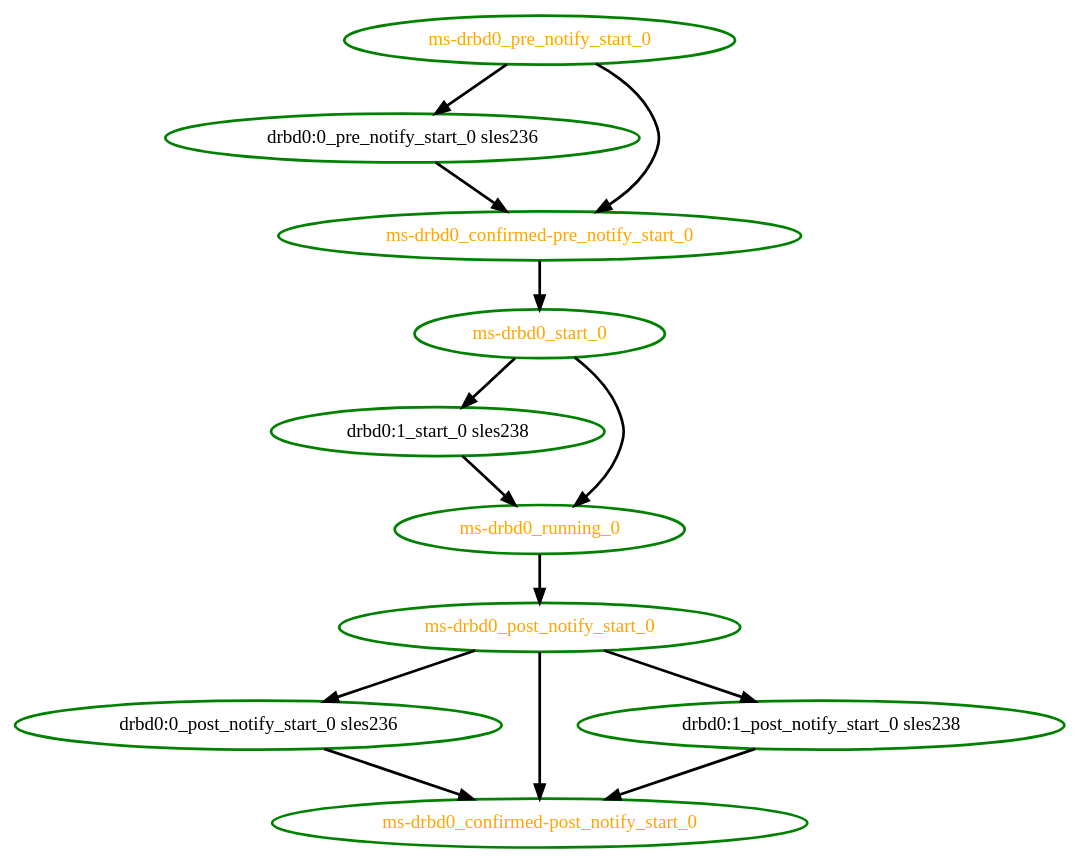
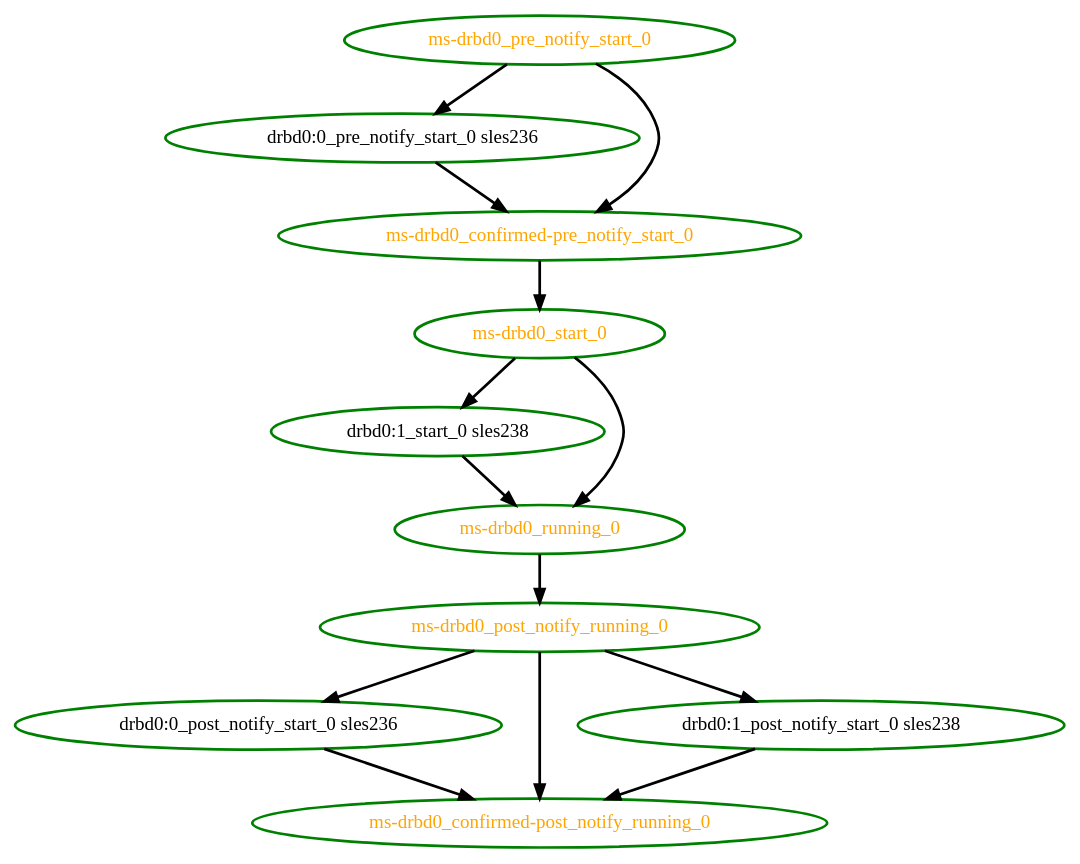
One commit to linux-ha-japan/pm_diskd changed the diagram in pengine/test10/bug-1765.dot. Above: the diagram before and after it, drawn with Graphviz. The commit also changed 68 other files, not shown here.

```diff
--- a/pengine/test10/bug-1765.dot
+++ b/pengine/test10/bug-1765.dot
@@ -1,25 +1,25 @@
 digraph "g" {
-"drbd0:0_post_notify_start_0 sles236" -> "ms-drbd0_confirmed-post_notify_start_0" [ style = bold]
+"drbd0:0_post_notify_start_0 sles236" -> "ms-drbd0_confirmed-post_notify_running_0" [ style = bold]
 "drbd0:0_post_notify_start_0 sles236" [ style=bold color="green" fontcolor="black"  ]
 "drbd0:0_pre_notify_start_0 sles236" -> "ms-drbd0_confirmed-pre_notify_start_0" [ style = bold]
 "drbd0:0_pre_notify_start_0 sles236" [ style=bold color="green" fontcolor="black"  ]
-"drbd0:1_post_notify_start_0 sles238" -> "ms-drbd0_confirmed-post_notify_start_0" [ style = bold]
+"drbd0:1_post_notify_start_0 sles238" -> "ms-drbd0_confirmed-post_notify_running_0" [ style = bold]
 "drbd0:1_post_notify_start_0 sles238" [ style=bold color="green" fontcolor="black"  ]
 "drbd0:1_start_0 sles238" -> "ms-drbd0_running_0" [ style = bold]
 "drbd0:1_start_0 sles238" [ style=bold color="green" fontcolor="black"  ]
-"ms-drbd0_confirmed-post_notify_start_0" [ style=bold color="green" fontcolor="orange"  ]
+"ms-drbd0_confirmed-post_notify_running_0" [ style=bold color="green" fontcolor="orange"  ]
 "ms-drbd0_confirmed-pre_notify_start_0" -> "ms-drbd0_start_0" [ style = bold]
 "ms-drbd0_confirmed-pre_notify_start_0" [ style=bold color="green" fontcolor="orange"  ]
-"ms-drbd0_post_notify_start_0" -> "drbd0:0_post_notify_start_0 sles236" [ style = bold]
-"ms-drbd0_post_notify_start_0" -> "drbd0:1_post_notify_start_0 sles238" [ style = bold]
-"ms-drbd0_post_notify_start_0" -> "ms-drbd0_confirmed-post_notify_start_0" [ style = bold]
-"ms-drbd0_post_notify_start_0" [ style=bold color="green" fontcolor="orange"  ]
+"ms-drbd0_post_notify_running_0" -> "drbd0:0_post_notify_start_0 sles236" [ style = bold]
+"ms-drbd0_post_notify_running_0" -> "drbd0:1_post_notify_start_0 sles238" [ style = bold]
+"ms-drbd0_post_notify_running_0" -> "ms-drbd0_confirmed-post_notify_running_0" [ style = bold]
+"ms-drbd0_post_notify_running_0" [ style=bold color="green" fontcolor="orange"  ]
 "ms-drbd0_pre_notify_start_0" -> "drbd0:0_pre_notify_start_0 sles236" [ style = bold]
 "ms-drbd0_pre_notify_start_0" -> "ms-drbd0_confirmed-pre_notify_start_0" [ style = bold]
 "ms-drbd0_pre_notify_start_0" [ style=bold color="green" fontcolor="orange"  ]
-"ms-drbd0_running_0" -> "ms-drbd0_post_notify_start_0" [ style = bold]
+"ms-drbd0_running_0" -> "ms-drbd0_post_notify_running_0" [ style = bold]
 "ms-drbd0_running_0" [ style=bold color="green" fontcolor="orange"  ]
 "ms-drbd0_start_0" -> "drbd0:1_start_0 sles238" [ style = bold]
 "ms-drbd0_start_0" -> "ms-drbd0_running_0" [ style = bold]
 "ms-drbd0_start_0" [ style=bold color="green" fontcolor="orange"  ]
 }
```
